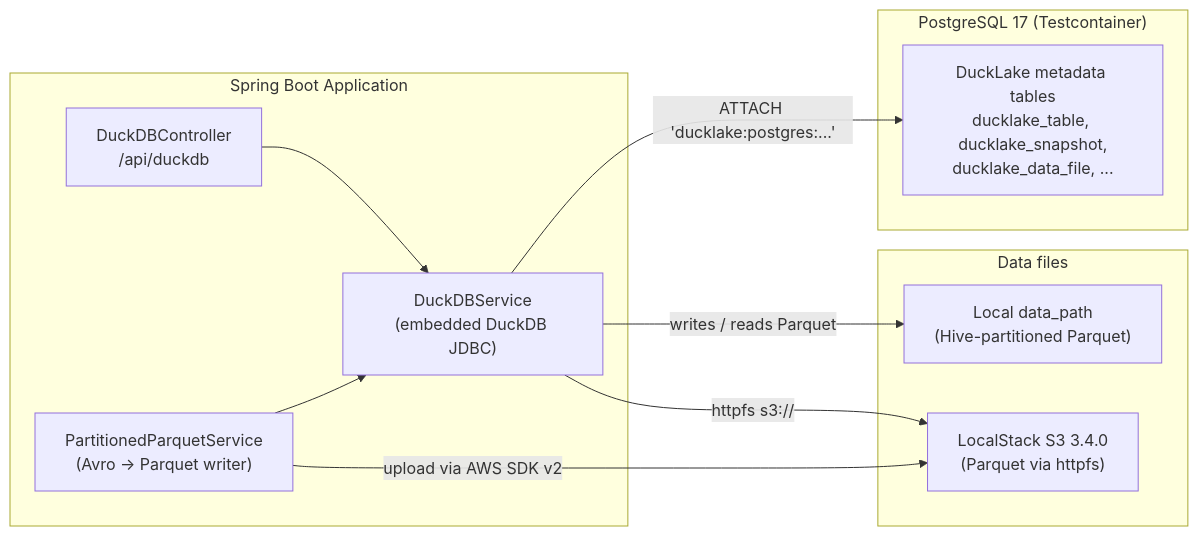
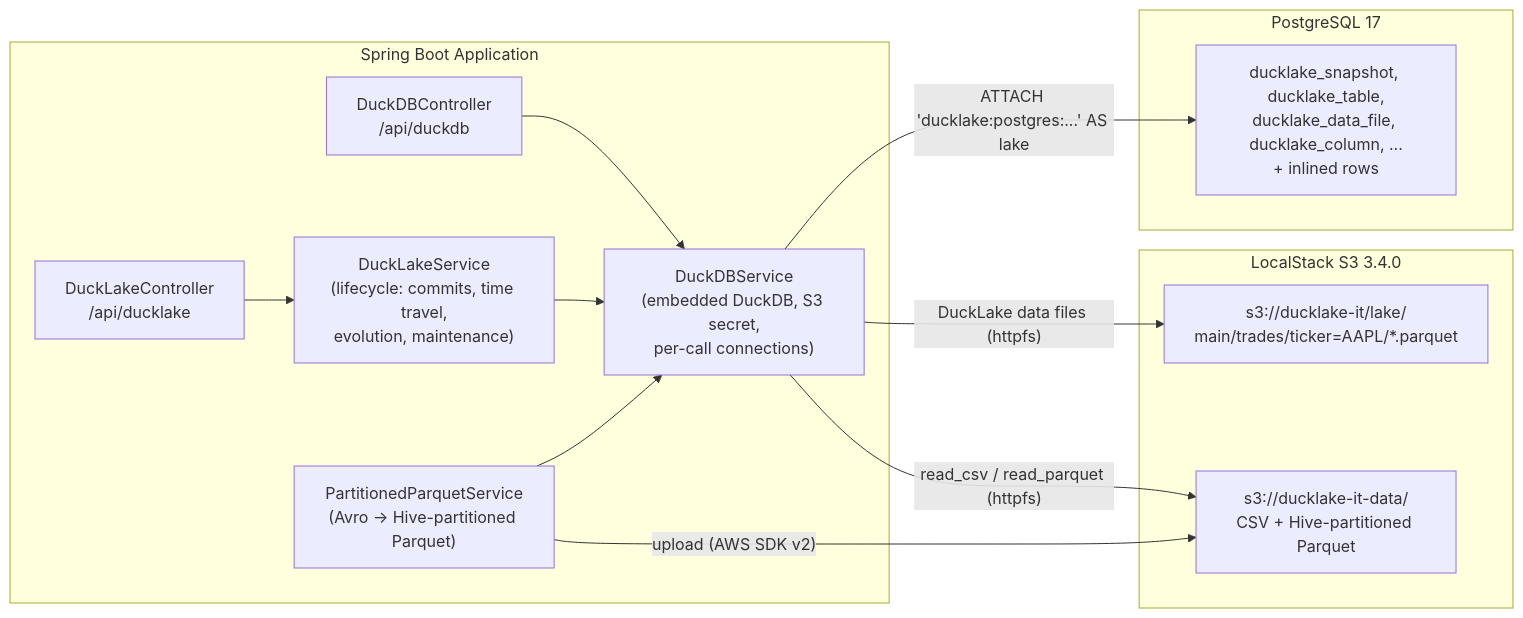
Before and after one commit to rixonmathew/data-access: the diagram in ducklake/README.md, drawn with Mermaid. The commit also changed other lines of this file and 1 other file, not shown here.

Commit message:
docs(ducklake): document the lifecycle scenarios, configuration and REST API

````diff
--- a/ducklake/README.md
+++ b/ducklake/README.md
@@ -18,24 +18,28 @@
 ```mermaid
 flowchart LR
     subgraph App["Spring Boot Application"]
-        Ctrl["DuckDBController\n/api/duckdb"]
-        Svc["DuckDBService\n(embedded DuckDB JDBC)"]
-        PPS["PartitionedParquetService\n(Avro -> Parquet writer)"]
-        Ctrl --> Svc
-        PPS --> Svc
+        LakeCtrl["DuckLakeController\n/api/ducklake"]
+        DbCtrl["DuckDBController\n/api/duckdb"]
+        Lake["DuckLakeService\n(lifecycle: commits, time travel,\nevolution, maintenance)"]
+        Db["DuckDBService\n(embedded DuckDB, S3 secret,\nper-call connections)"]
+        PPS["PartitionedParquetService\n(Avro -> Hive-partitioned Parquet)"]
+        LakeCtrl --> Lake
+        DbCtrl --> Db
+        Lake --> Db
+        PPS --> Db
     end
 
-    subgraph Catalog["PostgreSQL 17 (Testcontainer)"]
-        Meta["DuckLake metadata tables\nducklake_table, ducklake_snapshot,\nducklake_data_file, ..."]
+    subgraph Catalog["PostgreSQL 17"]
+        Meta["ducklake_snapshot, ducklake_table,\nducklake_data_file, ducklake_column, ...\n+ inlined rows"]
     end
 
-    subgraph Storage["Data files"]
-        Local["Local data_path\n(Hive-partitioned Parquet)"]
-        S3["LocalStack S3 3.4.0\n(Parquet via httpfs)"]
+    subgraph S3["LocalStack S3 3.4.0"]
+        LakeData["s3://ducklake-it/lake/\nmain/trades/ticker=AAPL/*.parquet"]
+        Raw["s3://ducklake-it-data/\nCSV + Hive-partitioned Parquet"]
     end
 
-    Svc -->|"ATTACH 'ducklake:postgres:...'"| Meta
-    Svc -->|writes / reads Parquet| Local
-    Svc -->|"httpfs s3://"| S3
-    PPS -->|upload via AWS SDK v2| S3
+    Db -->|"ATTACH 'ducklake:postgres:...' AS lake"| Meta
+    Db -->|"DuckLake data files (httpfs)"| LakeData
+    Db -->|"read_csv / read_parquet (httpfs)"| Raw
+    PPS -->|"upload (AWS SDK v2)"| Raw
 ```
````
